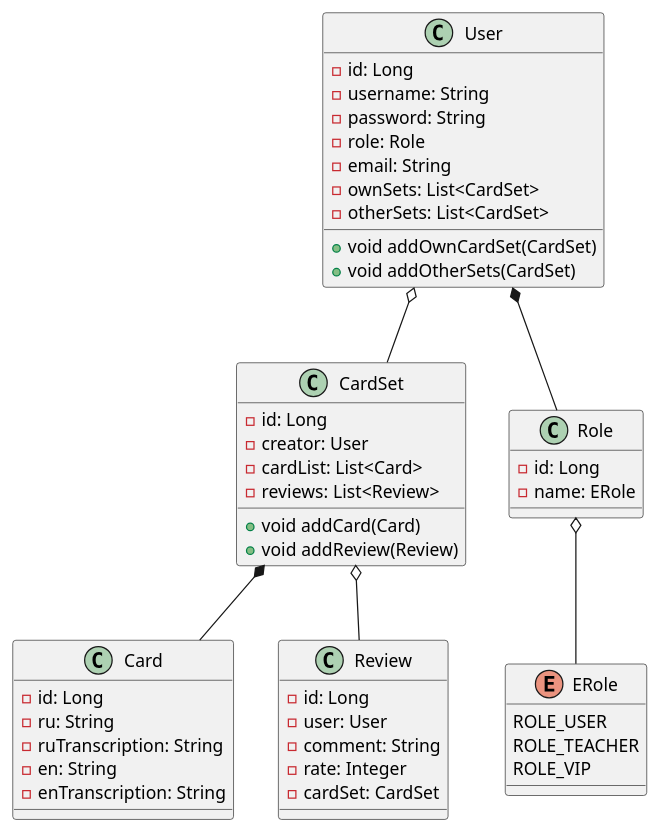
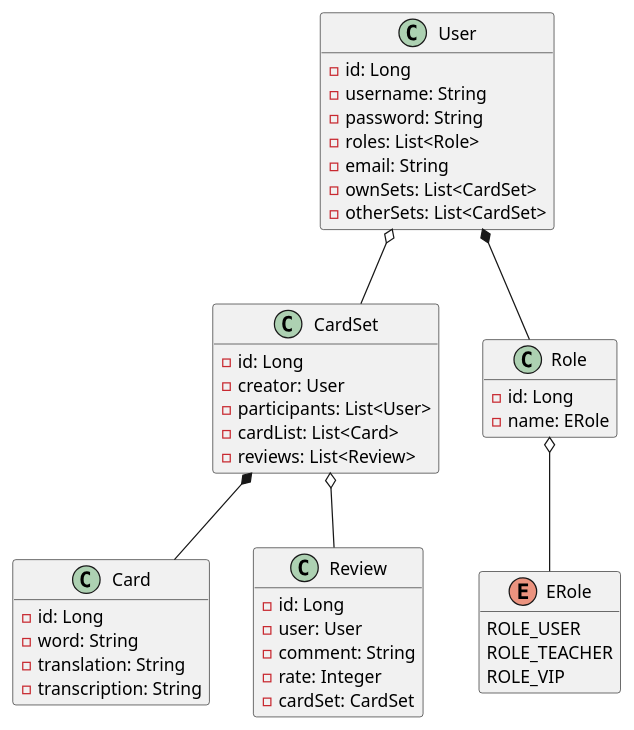
The diagram in src/main/resources/uml/Entity.puml (eldinh/voccards), drawn with PlantUML before and after one commit. The commit also changed 19 other files, not shown here.

```diff
--- a/src/main/resources/uml/Entity.puml
+++ b/src/main/resources/uml/Entity.puml
@@ -1,65 +1,56 @@
 @startuml
 'https://plantuml.com/class-diagram
 
 enum ERole{
     ROLE_USER
     ROLE_TEACHER
     ROLE_VIP
 }
 
 class Card{
     -id: Long
-    -ru: String
-    -ruTranscription: String
-    -en: String
-    -enTranscription: String
-
+    -word: String
+    -translation: String
+    -transcription: String
 }
 
 class CardSet{
     -id: Long
     -creator: User
+    -participants: List<User>
     -cardList: List<Card>
     -reviews: List<Review>
-    +void addCard(Card)
-    +void addReview(Review)
 }
 
 class Review{
     -id: Long
     -user: User
     -comment: String
     -rate: Integer
     -cardSet: CardSet
 }
 
 class User{
     -id: Long
     -username: String
     -password: String
-    -role: Role
+    -roles: List<Role>
     -email: String
     -ownSets: List<CardSet>
     -otherSets: List<CardSet>
-    +void addOwnCardSet(CardSet)
-    +void addOtherSets(CardSet)
 }
 
 class Role{
     -id: Long
     -name: ERole
 }
 
 Role o-- ERole
 CardSet *-- Card
 User *-- Role
 User o-- CardSet
 CardSet o-- Review
 
-
-
-
-
-
+hide method
 
 @enduml
```
